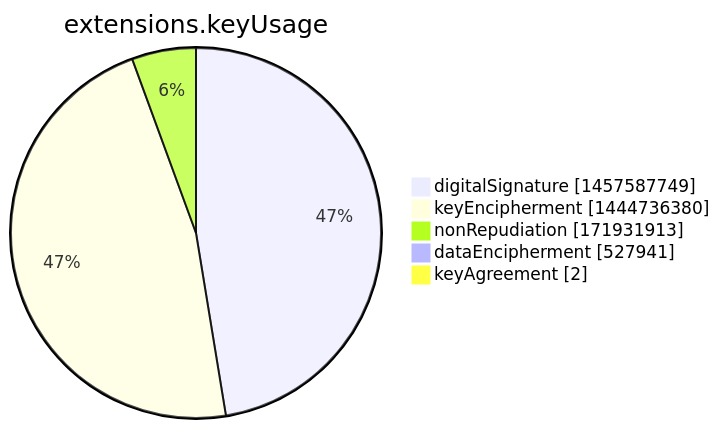
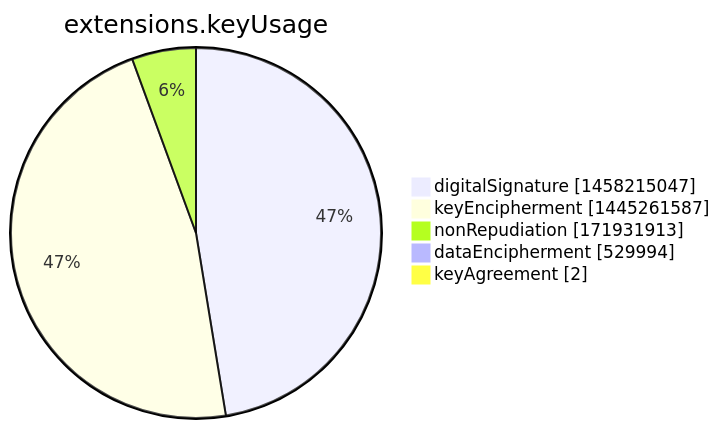
The seventh of 15 diagrams in argon2022/README.md (christiankrug/ctmonitor_visualization), drawn with Mermaid before and after one commit. The commit also changed other lines of this file, not shown here.

````diff
--- a/argon2022/README.md
+++ b/argon2022/README.md
@@ -2751,9 +2751,9 @@
 ```mermaid
 pie showData
 title extensions.keyUsage
-"digitalSignature" :1457587749
-"keyEncipherment" :1444736380
+"digitalSignature" :1458215047
+"keyEncipherment" :1445261587
 "nonRepudiation" :171931913
-"dataEncipherment" :527941
+"dataEncipherment" :529994
 "keyAgreement" :2
 ```
````
